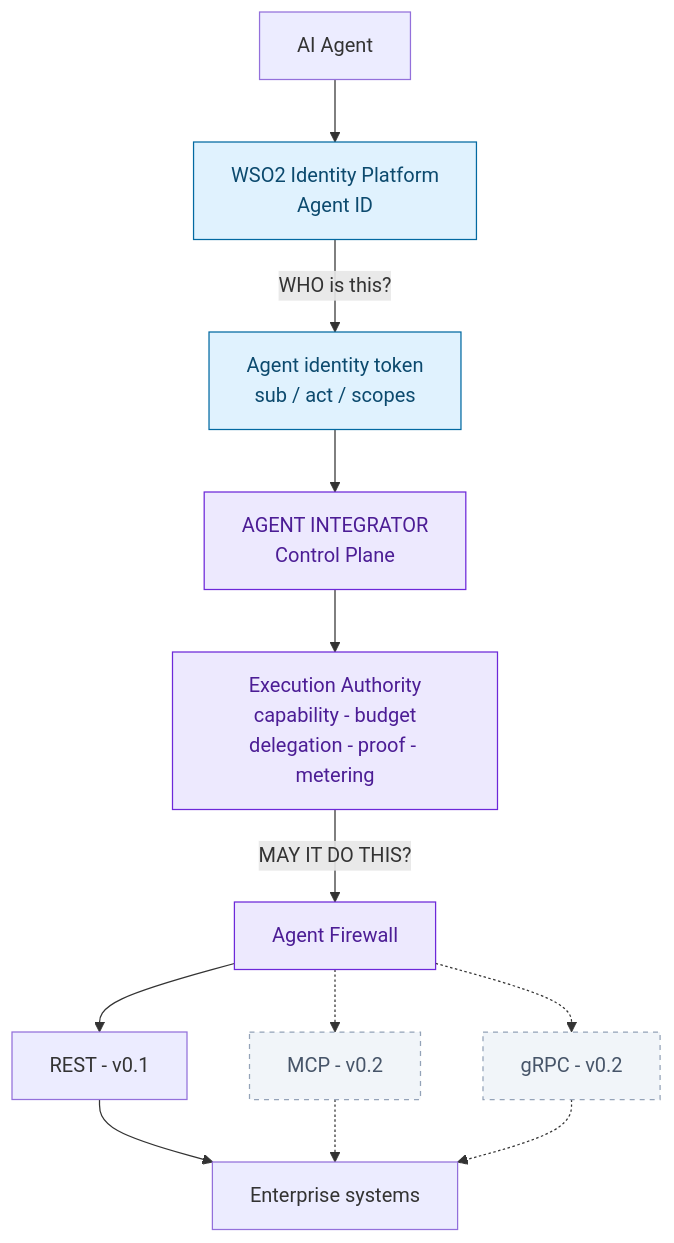
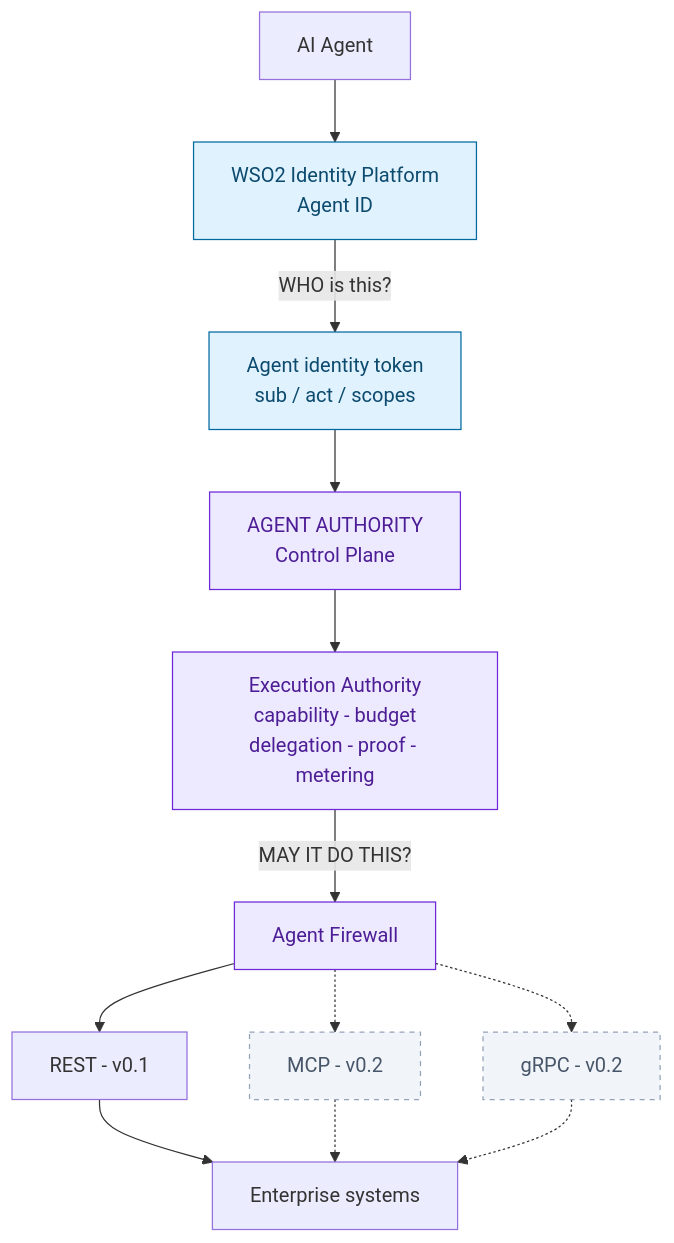
Before and after one commit to DinethShakya23/agent-authority: the first of 5 diagrams in _.md, drawn with Mermaid. The commit also changed other lines of this file and 90 other files, not shown here.

First line of the commit message:
chore: rename project to Agent Authority

````diff
--- a/_.md
+++ b/_.md
@@ -341,21 +341,21 @@
 ```mermaid
 flowchart TB
     AI["AI Agent"] --> W["WSO2 Identity Platform<br/>Agent ID"]
     W -->|"WHO is this?"| TOK["Agent identity token<br/>sub / act / scopes"]
-    TOK --> AInt["AGENT INTEGRATOR<br/>Control Plane"]
+    TOK --> AInt["AGENT AUTHORITY<br/>Control Plane"]
     AInt --> AUTH["Execution Authority<br/>capability - budget<br/>delegation - proof - metering"]
     AUTH -->|"MAY IT DO THIS?"| FW["Agent Firewall"]
     FW --> R["REST - v0.1"]
     FW -.-> M["MCP - v0.2"]
     FW -.-> G["gRPC - v0.2"]
     R --> ENT["Enterprise systems"]
     M -.-> ENT
     G -.-> ENT
 
     classDef idp fill:#e0f2fe,stroke:#0369a1,color:#0c4a6e;
     classDef ai fill:#ede9fe,stroke:#6d28d9,color:#4c1d95;
     classDef later fill:#f1f5f9,stroke:#94a3b8,color:#475569,stroke-dasharray: 4 4;
     class W,TOK idp;
     class AInt,AUTH,FW ai;
     class M,G later;
 ```
````
